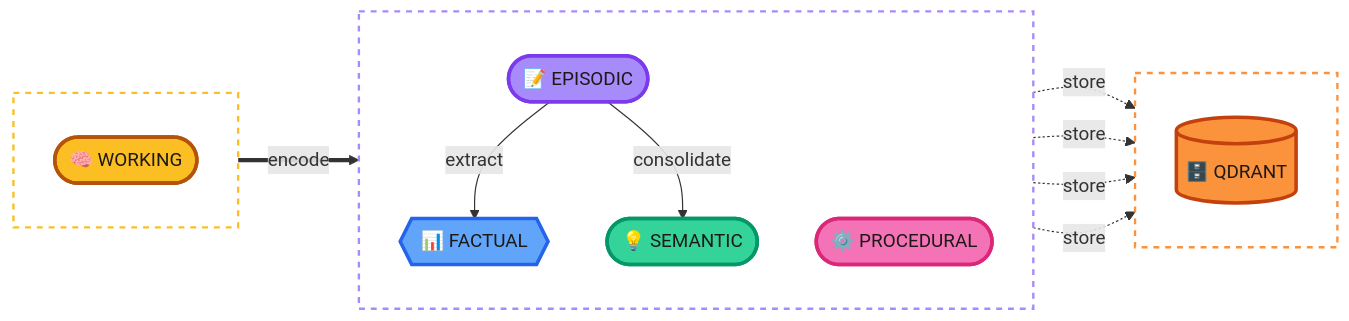
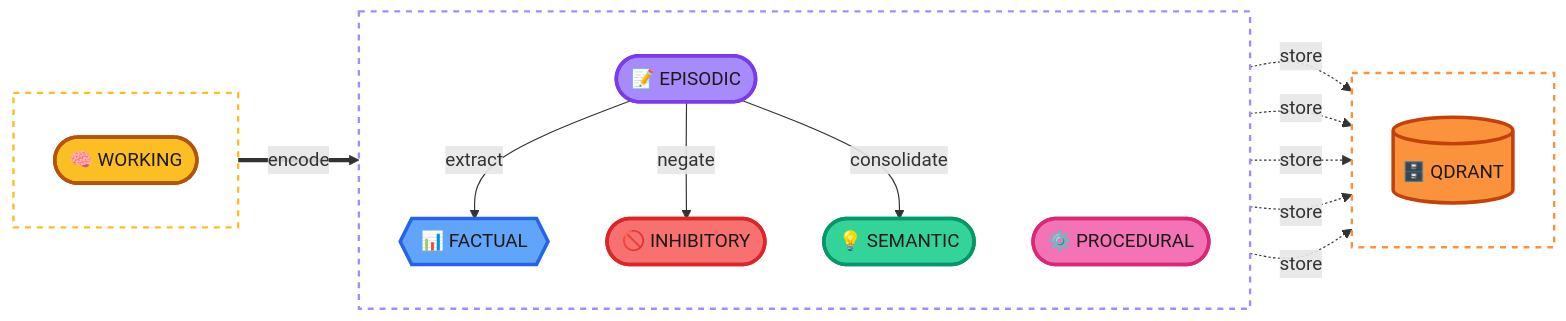
Before and after one commit to ashita-ai/engram: the diagram in README.md, drawn with Mermaid. The commit also changed other lines of this file and 2 other files, not shown here.

Commit message:
Integrate planned enhancements as core architecture
- Promote all 'planned' features to core design principles
- Add Inhibitory as 6th memory type (tracks what is NOT true)
- Add bi-temporal timestamps (event_at, derived_at)
- Add dynamic memory linking (related_ids for multi-hop reasoning)
- Add selectivity scoring through consolidation passes
- Add buffer promotion hierarchy
- Update README mermaid diagram and memory types table
- Update CLAUDE.md with 6 memory types

````diff
--- a/README.md
+++ b/README.md
@@ -62,40 +62,44 @@
 ```mermaid
 flowchart LR
     subgraph INPUT [" "]
         direction TB
         WM([🧠 WORKING])
     end
 
     subgraph CORE [" "]
         direction TB
         EP([📝 EPISODIC])
         FACT{{📊 FACTUAL}}
         SEM([💡 SEMANTIC])
         PROC([⚙️ PROCEDURAL])
+        INH([🚫 INHIBITORY])
     end
 
     subgraph STORE [" "]
         direction TB
         QD[(🗄️ QDRANT)]
     end
 
     WM ==>|encode| EP
     EP -->|extract| FACT
+    EP -->|negate| INH
     EP -->|consolidate| SEM
 
     EP -.->|store| QD
     FACT -.->|store| QD
     SEM -.->|store| QD
     PROC -.->|store| QD
+    INH -.->|store| QD
 
     style WM fill:#fbbf24,stroke:#b45309,stroke-width:3px,color:#1c1917
     style EP fill:#a78bfa,stroke:#7c3aed,stroke-width:3px,color:#1c1917
     style FACT fill:#60a5fa,stroke:#2563eb,stroke-width:3px,color:#1c1917
     style SEM fill:#34d399,stroke:#059669,stroke-width:3px,color:#1c1917
     style PROC fill:#f472b6,stroke:#db2777,stroke-width:3px,color:#1c1917
+    style INH fill:#f87171,stroke:#dc2626,stroke-width:3px,color:#1c1917
     style QD fill:#fb923c,stroke:#c2410c,stroke-width:3px,color:#1c1917
 
     style INPUT fill:transparent,stroke:#fbbf24,stroke-width:2px,stroke-dasharray:5
     style CORE fill:transparent,stroke:#a78bfa,stroke-width:2px,stroke-dasharray:5
     style STORE fill:transparent,stroke:#fb923c,stroke-width:2px,stroke-dasharray:5
 ```
````
